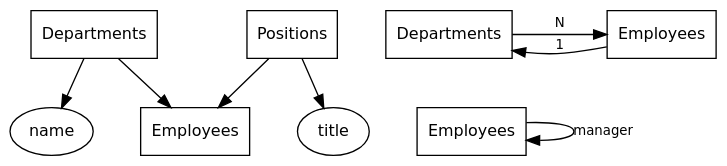
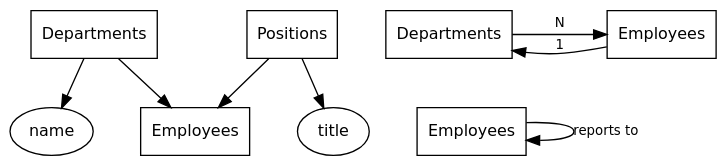
Before and after one commit to rbt-lang/rbt-proto: the diagram in doc/citydb-non-hierarchical.dot, drawn with Graphviz. The commit also changed 2 other files, not shown here.

```diff
--- a/doc/citydb-non-hierarchical.dot
+++ b/doc/citydb-non-hierarchical.dot
@@ -1,23 +1,23 @@
 
 digraph {
     graph [ranksep=.5, nodesep=.5, pad=.1, bgcolor=transparent]
     node [fontname="DejaVu Sans", fontsize=12]
     edge [fontname="DejaVu Sans", fontsize=10]
     department [label=Departments, shape=rectangle]
     department_name [label=name]
     employee [label=Employees, shape=rectangle]
     position [label=Positions, shape=rectangle]
     position_title [label=title]
     department -> department_name
     department -> employee
     position -> employee
     position -> position_title
     department_2 [label=Departments, shape=rectangle]
     employee_2 [label=Employees, shape=rectangle]
     employee_3 [label=Employees, shape=rectangle]
     department_2 -> employee_2 [label=N, constraint=false]
     employee_2 -> department_2 [label=1, constraint=false]
-    employee_3 -> employee_3 [label=manager]
+    employee_3 -> employee_3 [label="reports to"]
     { rank=same; department; position; department_2; employee_2 }
     { rank=same; employee; employee_3 }
 }
```
